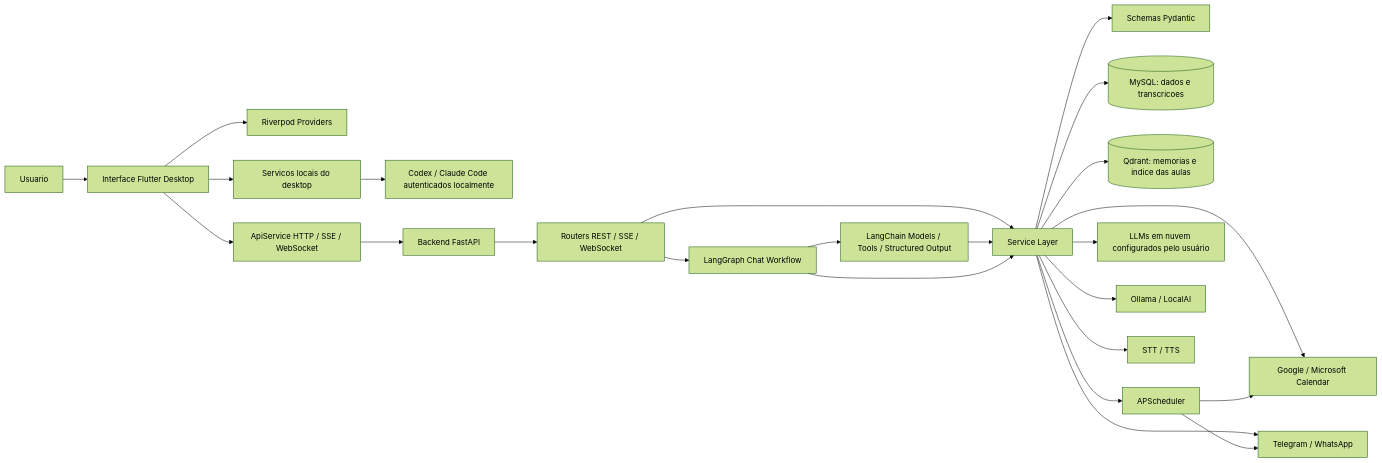
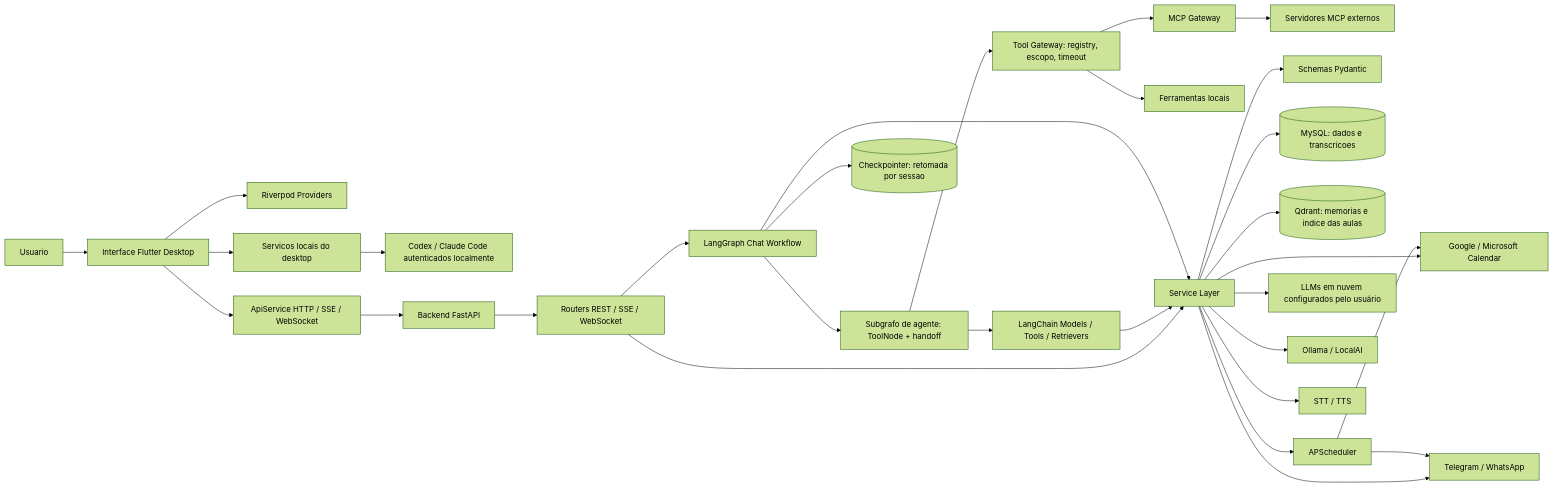
One commit to m4n1nh0/assistant_app changed the first of 10 diagrams in README.md. Above: the diagram before and after it, drawn with Mermaid (forest theme). The commit also changed other lines of this file and 83 other files, not shown here.

````diff
--- a/README.md
+++ b/README.md
@@ -72,30 +78,36 @@
 ```mermaid
 flowchart LR
     User[Usuario] --> UI[Interface Flutter Desktop]
 
     UI --> State[Riverpod Providers]
     UI --> LocalServices[Servicos locais do desktop]
     LocalServices --> ConnectedAgents[Codex / Claude Code autenticados localmente]
     UI --> ApiClient[ApiService HTTP / SSE / WebSocket]
 
     ApiClient --> FastAPI[Backend FastAPI]
 
     FastAPI --> Routers[Routers REST / SSE / WebSocket]
     Routers --> ChatGraph[LangGraph Chat Workflow]
     Routers --> Services[Service Layer]
-    ChatGraph --> AgentLayer[LangChain Models / Tools / Structured Output]
+    ChatGraph --> AgentGraph[Subgrafo de agente: ToolNode + handoff]
+    AgentGraph --> AgentLayer[LangChain Models / Tools / Retrievers]
+    AgentGraph --> ToolGw[Tool Gateway: registry, escopo, timeout]
+    ToolGw --> LocalTools[Ferramentas locais]
+    ToolGw --> MCPGw[MCP Gateway]
+    MCPGw --> MCPServers[Servidores MCP externos]
+    ChatGraph --> Checkpoint[(Checkpointer: retomada por sessao)]
     AgentLayer --> Services
     ChatGraph --> Services
     Services --> Models[Schemas Pydantic]
     Services --> DB[(MySQL: dados e transcricoes)]
     Services --> Vector[(Qdrant: memorias e indice das aulas)]
     Services --> Scheduler[APScheduler]
     Services --> UserLLMs[LLMs em nuvem configurados pelo usuário]
     Services --> Ollama[Ollama / LocalAI]
     Services --> Calendar[Google / Microsoft Calendar]
     Services --> Notify[Telegram / WhatsApp]
     Services --> Voice[STT / TTS]
 
     Scheduler --> Calendar
     Scheduler --> Notify
 ```
````
